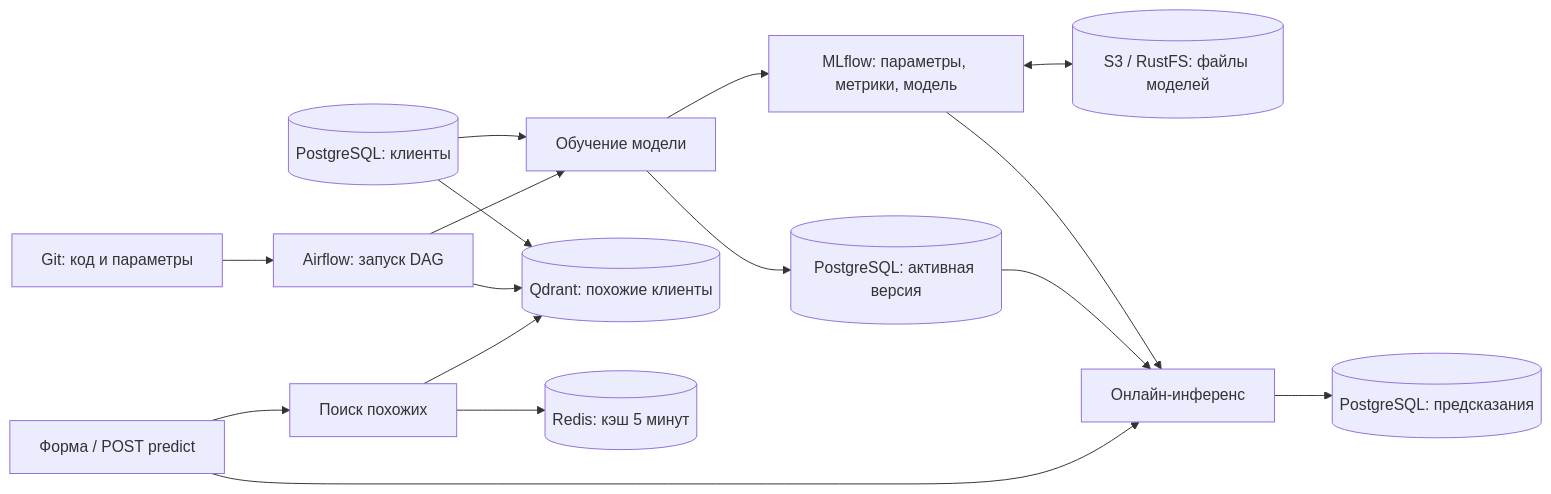
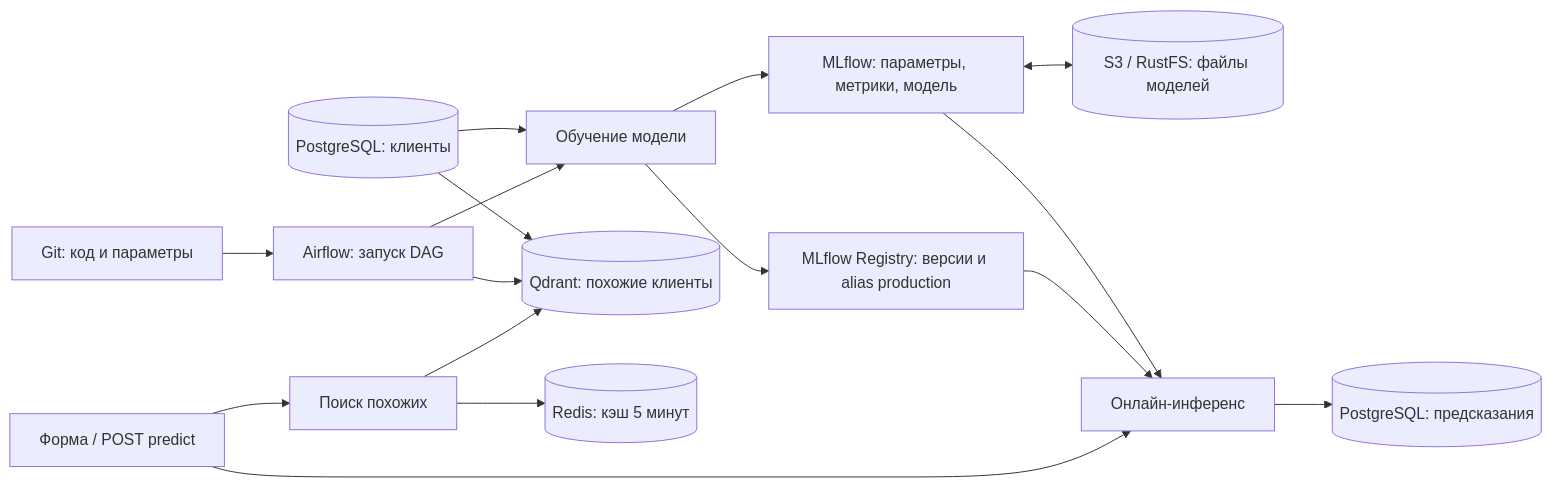
Before and after one commit to sergey445512/airflow-ml-service-demo: the diagram in README.md, drawn with Mermaid. The commit also changed other lines of this file and 9 other files, not shown here.

Commit message:
Use MLflow production alias to select served model

````diff
--- a/README.md
+++ b/README.md
@@ -34,18 +34,18 @@
 ```mermaid
 flowchart LR
     G[Git: код и параметры] --> A[Airflow: запуск DAG]
     P[(PostgreSQL: клиенты)] --> T[Обучение модели]
     P --> Q[(Qdrant: похожие клиенты)]
     A --> T
     A --> Q
     T --> M[MLflow: параметры, метрики, модель]
-    T --> V[(PostgreSQL: активная версия)]
+    T --> V[MLflow Registry: версии и alias production]
     M <--> O[(S3 / RustFS: файлы моделей)]
     M --> S[Онлайн-инференс]
     V --> S
     U[Форма / POST predict] --> S
     S --> R[(PostgreSQL: предсказания)]
     U --> N[Поиск похожих]
     N --> C[(Redis: кэш 5 минут)]
     N --> Q
 ```
````
